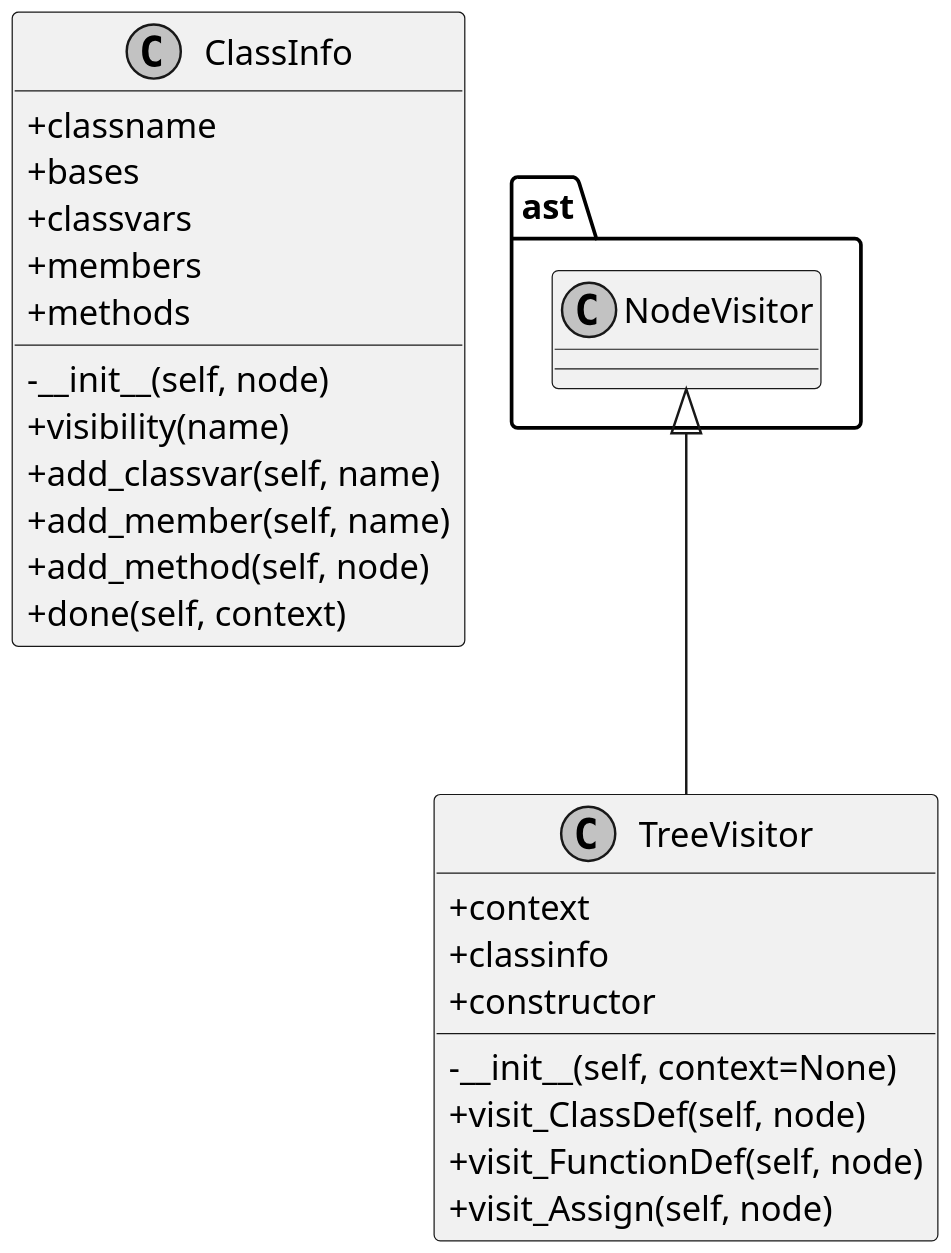
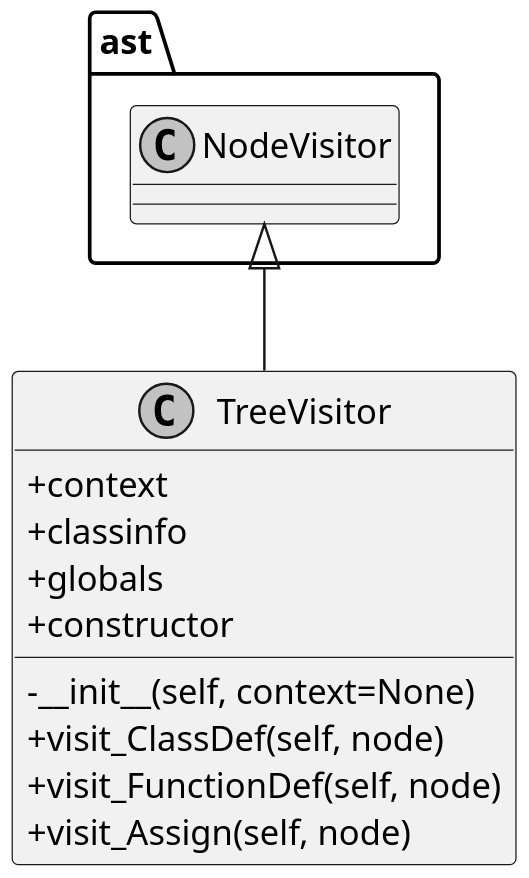
The diagram in py2puml/examples/py2puml.puml (deadbok/py-puml-tools), drawn with PlantUML before and after one commit. The commit also changed 8 other files, not shown here.

```diff
--- a/py2puml/examples/py2puml.puml
+++ b/py2puml/examples/py2puml.puml
@@ -1,31 +1,18 @@
 @startuml
 skinparam monochrome true
 skinparam classAttributeIconSize 0
 scale 2
 
-class ClassInfo {
-  +classname
-  +bases
-  +classvars
-  +members
-  +methods
-  -__init__(self, node)
-  +visibility(name)
-  +add_classvar(self, name)
-  +add_member(self, name)
-  +add_method(self, node)
-  +done(self, context)
-}
-
 ast.NodeVisitor <|-- TreeVisitor
 class TreeVisitor {
   +context
   +classinfo
+  +globals
   +constructor
   -__init__(self, context=None)
   +visit_ClassDef(self, node)
   +visit_FunctionDef(self, node)
   +visit_Assign(self, node)
 }
 
 @enduml
```
